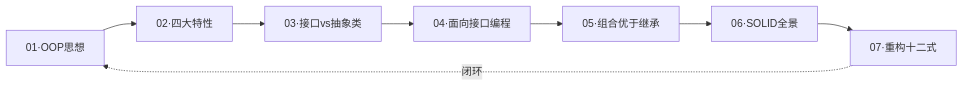
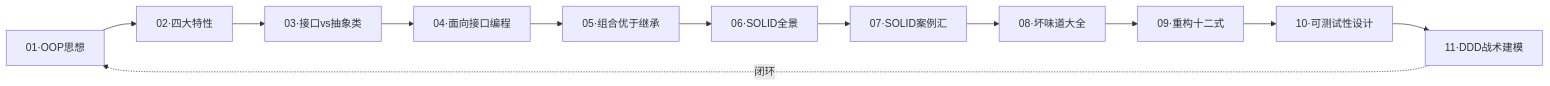
The ninth of 11 diagrams in 00.通用技术的提升/05.面向对象设计/09.重构十二式的实战.md (chongyang211/YCBookBlog), drawn with Mermaid before and after one commit. The commit also changed other lines of this file and 16 other files, not shown here.

````diff
--- a/00.通用技术的提升/05.面向对象设计/09.重构十二式的实战.md
+++ b/00.通用技术的提升/05.面向对象设计/09.重构十二式的实战.md
@@ -534,10 +639,14 @@
 ```mermaid
 flowchart LR
     思想[01·OOP思想] --> 特性[02·四大特性]
     特性 --> 选型[03·接口vs抽象类]
     选型 --> 用法[04·面向接口编程]
     用法 --> 进阶[05·组合优于继承]
     进阶 --> 原则[06·SOLID全景]
-    原则 --> 重构[07·重构十二式]
-    重构 -.闭环.-> 思想
+    原则 --> 案例[07·SOLID案例汇]
+    案例 --> 反面[08·坏味道大全]
+    反面 --> 重构[09·重构十二式]
+    重构 --> 测试[10·可测试性设计]
+    测试 --> DDD[11·DDD战术建模]
+    DDD -.闭环.-> 思想
 ```
````
